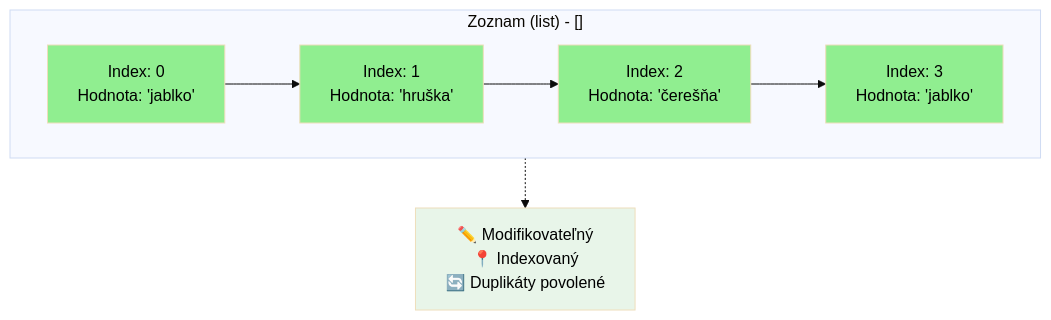
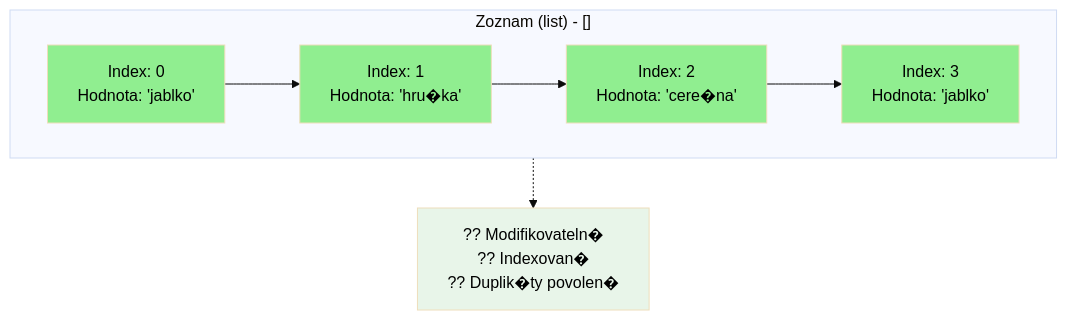
One commit to SpsKnSK/api changed the first of 2 diagrams in Lessons_sk/12_list_set_dictionary_tuple_sk_1.md. Above: the diagram before and after it, drawn with Mermaid (base theme). The commit also changed other lines of this file and 136 other files, not shown here.

````diff
--- a/Lessons_sk/12_list_set_dictionary_tuple_sk_1.md
+++ b/Lessons_sk/12_list_set_dictionary_tuple_sk_1.md
@@ -2,20 +28,20 @@
 ```mermaid
 graph TB
     subgraph Lista["Zoznam (list) - []"]
         L0["Index: 0<br/>Hodnota: 'jablko'"]
-        L1["Index: 1<br/>Hodnota: 'hruška'"]
-        L2["Index: 2<br/>Hodnota: 'čerešňa'"]
+        L1["Index: 1<br/>Hodnota: 'hru�ka'"]
+        L2["Index: 2<br/>Hodnota: 'cere�na'"]
         L3["Index: 3<br/>Hodnota: 'jablko'"]
         L0 --> L1 --> L2 --> L3
         style L0 fill:#90EE90,color:#000000
         style L1 fill:#90EE90,color:#000000
         style L2 fill:#90EE90,color:#000000
         style L3 fill:#90EE90,color:#000000
     end
 
-    ListaJegyzet["✏️ Modifikovateľný<br/>📍 Indexovaný<br/>🔄 Duplikáty povolené"]
+    ListaJegyzet["?? Modifikovateln�<br/>?? Indexovan�<br/>?? Duplik�ty povolen�"]
 
     Lista -.-> ListaJegyzet
 
     style ListaJegyzet fill:#E8F5E9,color:#000000
 ```
````
